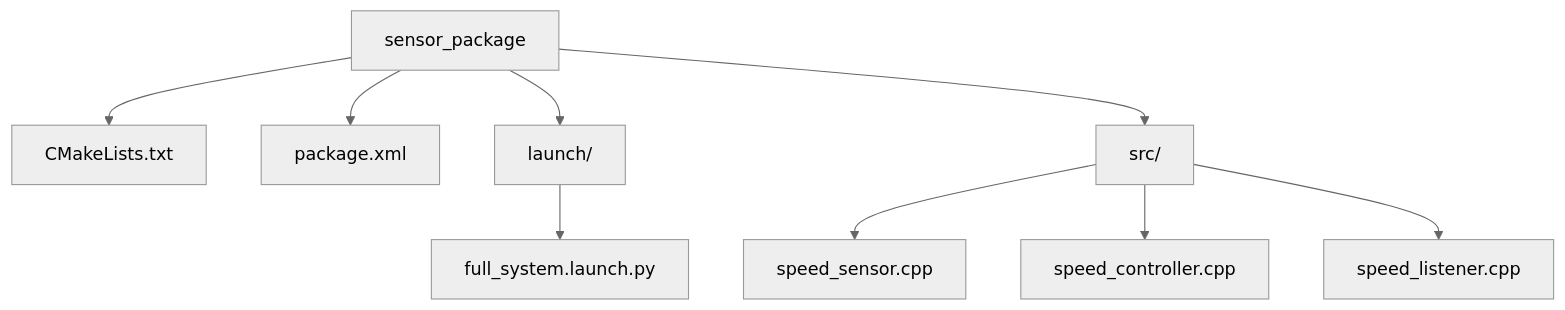
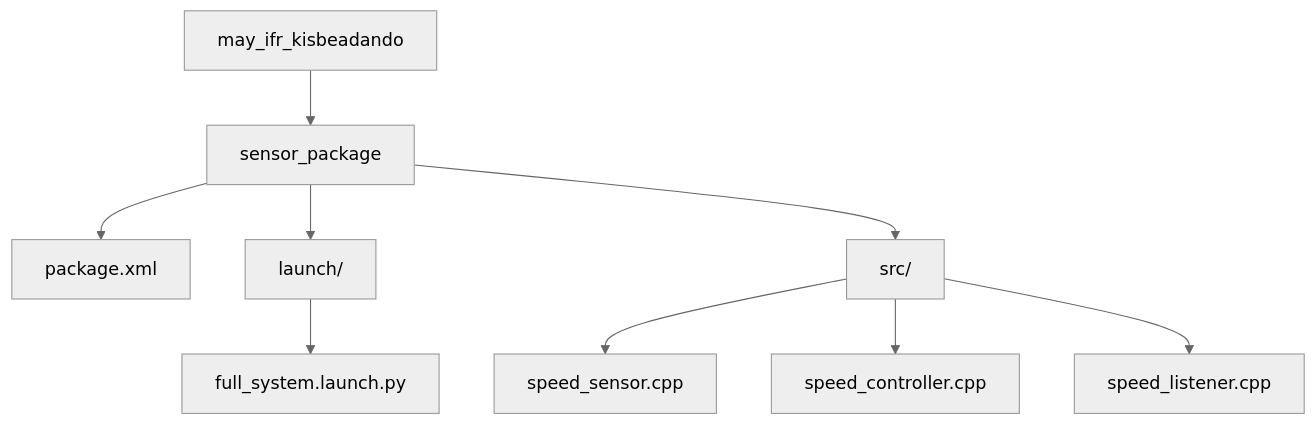
The second of 2 diagrams in README.md (mayermarci65/may_ifr_kisbeadando), drawn with Mermaid (neutral theme) before and after one commit.

Commit message:
Update project structure in README.md

````diff
--- a/README.md
+++ b/README.md
@@ -86,11 +86,11 @@
 ```mermaid
 graph TD
-A[sensor_package] --> B[CMakeLists.txt]
-A --> C[package.xml]
-A --> D[launch/]
+A[may_ifr_kisbeadando] --> B[sensor_package]
+B --> C[package.xml]
+B --> D[launch/]
 D --> D1[full_system.launch.py]
-A --> E[src/]
+B --> E[src/]
 E --> E1[speed_sensor.cpp]
 E --> E2[speed_controller.cpp]
 E --> E3[speed_listener.cpp]
 ```
````
